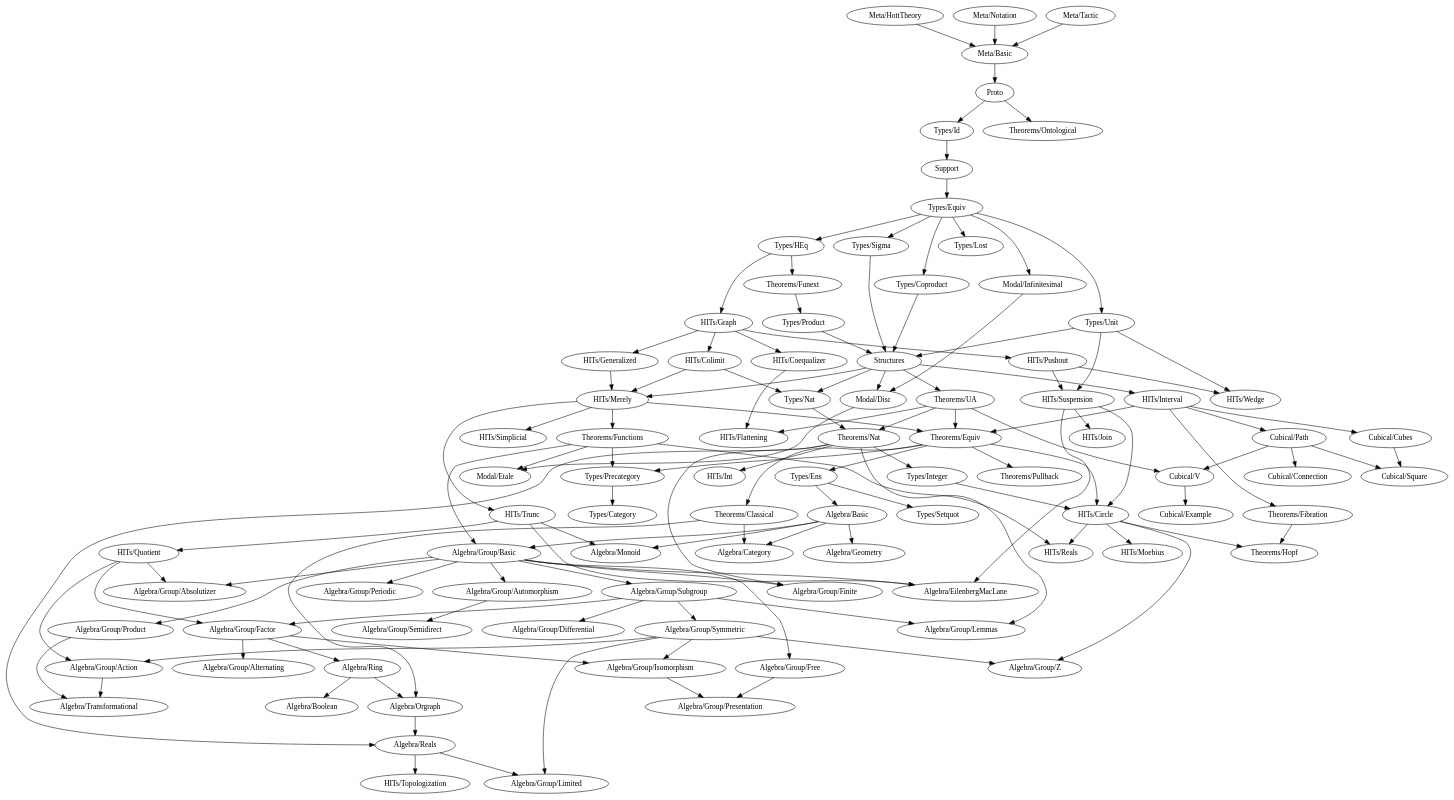
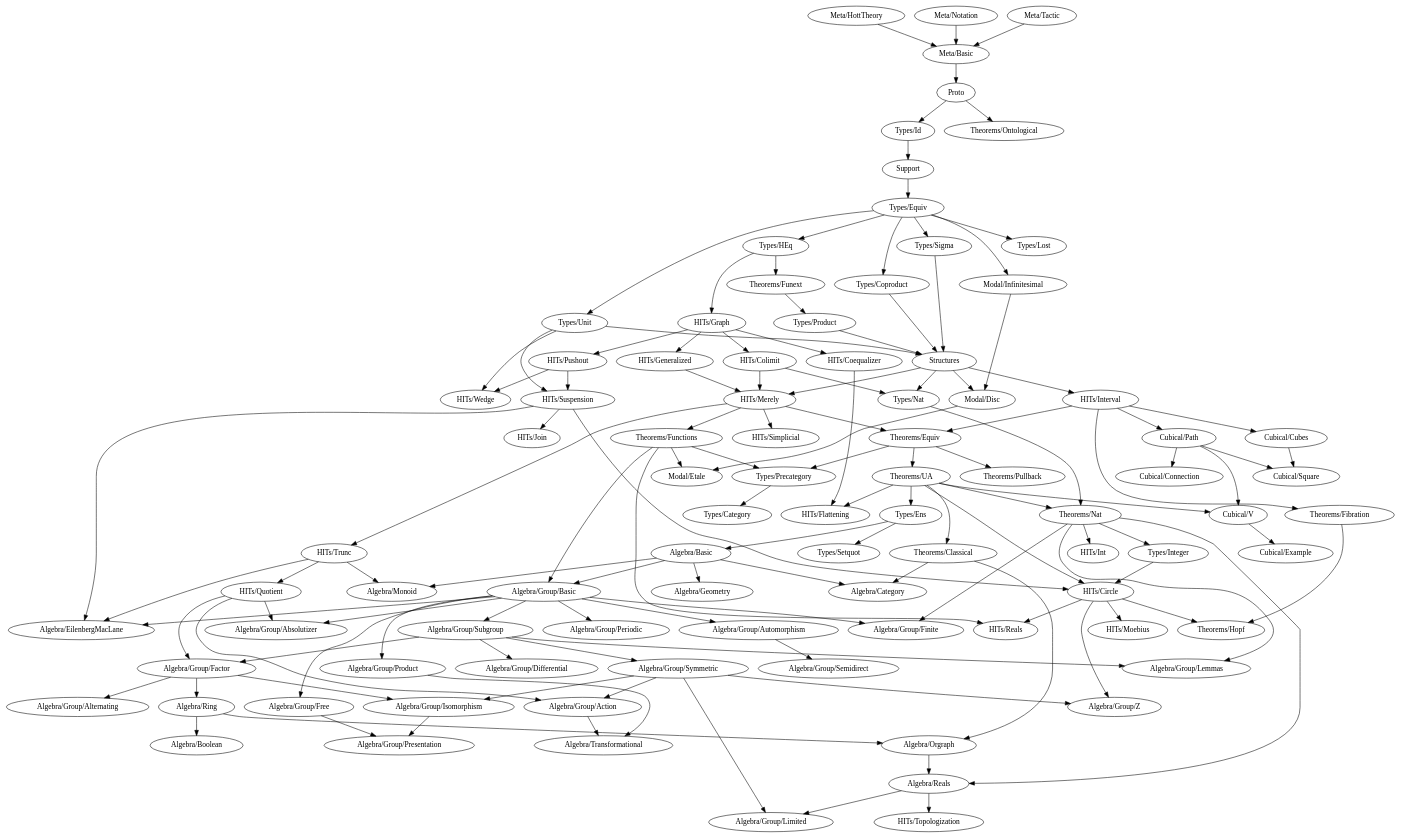
Before and after one commit to forked-from-1kasper/ground_zero: the diagram in dependency-map.gv, drawn with Graphviz. The commit also changed 20 other files, not shown here.

```diff
--- a/dependency-map.gv
+++ b/dependency-map.gv
@@ -5,8 +5,7 @@
     "HITs/Interval",
     "HITs/Merely",
     "Types/Nat",
-    "Modal/Disc",
-    "Theorems/UA"
+    "Modal/Disc"
   }
 
   subgraph Algebra {
@@ -192,17 +191,17 @@
       "Algebra/Group/Lemmas"
     }
     "Theorems/Equiv" -> {
-      "HITs/Circle",
-      "Types/Ens",
       "Types/Precategory",
-      "Theorems/Classical",
-      "Theorems/Pullback"
+      "Theorems/Pullback",
+      "Theorems/UA"
     }
     "Theorems/Pullback"
     "Theorems/UA" -> {
+      "HITs/Circle",
       "HITs/Flattening",
+      "Types/Ens",
+      "Theorems/Classical",
       "Theorems/Nat",
-      "Theorems/Equiv",
       "Cubical/V"
     }
   }
```
